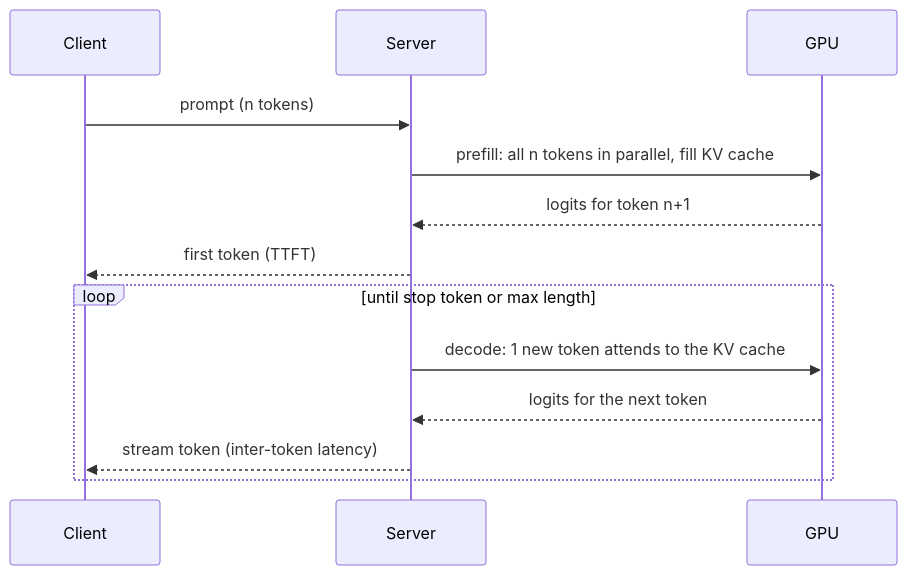
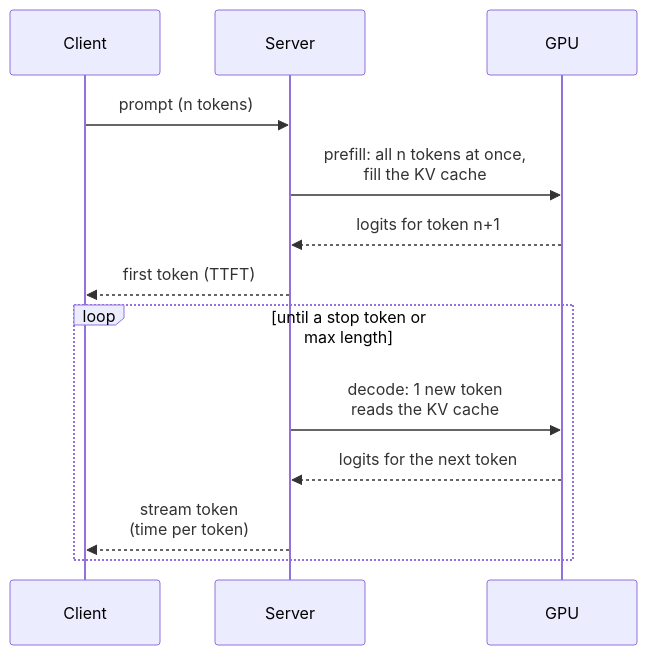
The diagram in docs/llms/inference.md (rajan-021/AI-ML), drawn with Mermaid before and after one commit. The commit also changed 20 other files, not shown here.

First line of the commit message:
Make diagrams readable at the content width

````diff
--- a/docs/llms/inference.md
+++ b/docs/llms/inference.md
@@ -23,15 +23,15 @@
 ```mermaid
 sequenceDiagram
     participant C as Client
     participant S as Server
     participant G as GPU
     C->>S: prompt (n tokens)
-    S->>G: prefill: all n tokens in parallel, fill KV cache
+    S->>G: prefill: all n tokens at once,<br/>fill the KV cache
     G-->>S: logits for token n+1
     S-->>C: first token (TTFT)
-    loop until stop token or max length
-        S->>G: decode: 1 new token attends to the KV cache
+    loop until a stop token or max length
+        S->>G: decode: 1 new token<br/>reads the KV cache
         G-->>S: logits for the next token
-        S-->>C: stream token (inter-token latency)
+        S-->>C: stream token<br/>(time per token)
     end
 ```
````
